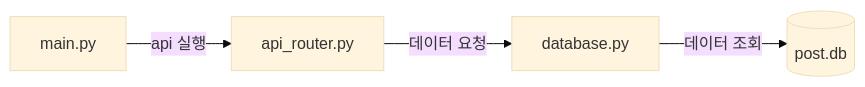
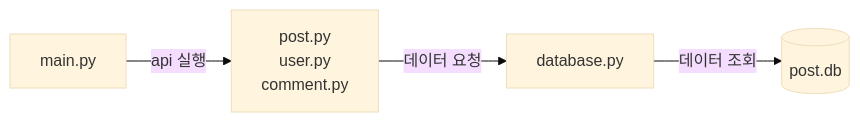
One commit to f-lab-edu/fastapi-server changed the diagram in README.md. Above: the diagram before and after it, drawn with Mermaid (base theme). The commit also changed 6 other files, not shown here.

````diff
--- a/README.md
+++ b/README.md
@@ -4,6 +4,8 @@
 ```mermaid
 flowchart LR
-    A[main.py] --api 실행--> api_router.py
-    api_router.py --데이터 요청--> database.py
+    A[main.py] --api 실행--> api["`post.py
+    user.py
+    comment.py`"]
+    api --데이터 요청--> database.py
     database.py --데이터 조회--> id1[(post.db)]
 ```
````
